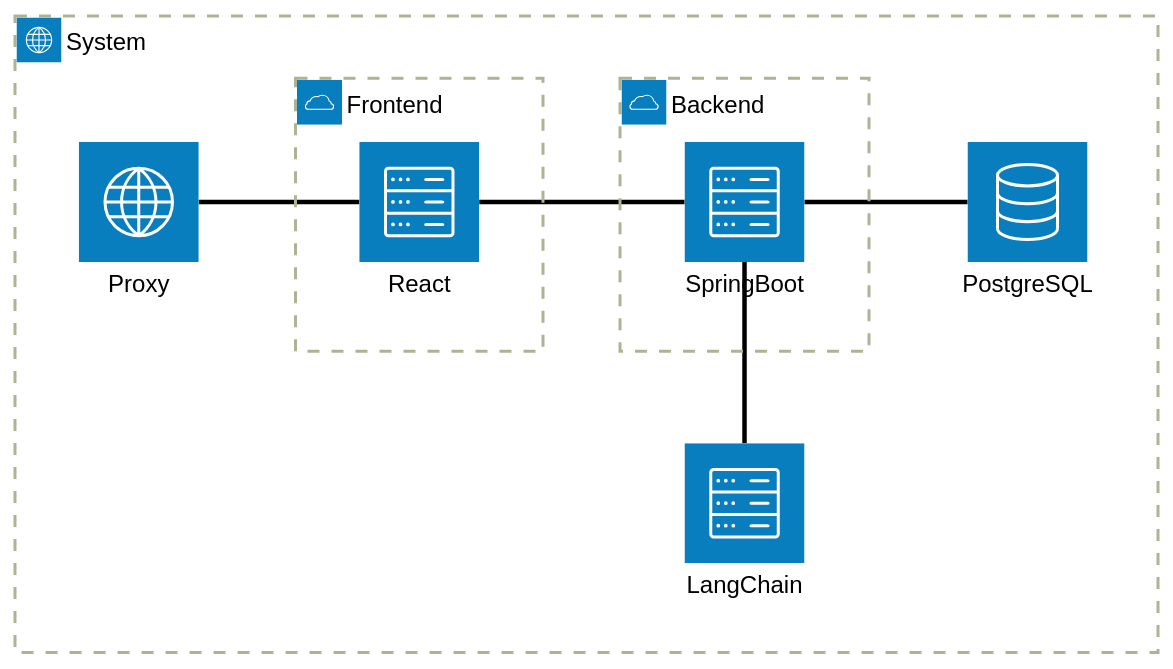
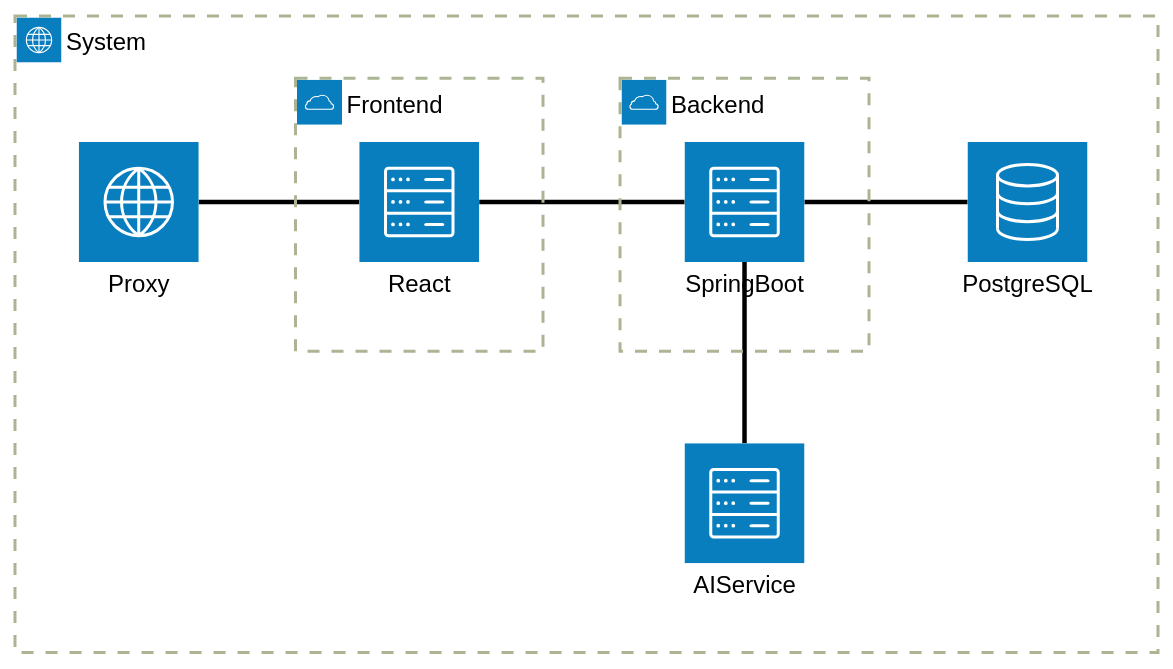
The first of 3 diagrams in docs/uml.md (AET-DevOps25/team-404-name-not-found), drawn with Mermaid (forest theme) before and after one commit.

Commit message:
chore(uml): rename to AIService

````diff
--- a/docs/uml.md
+++ b/docs/uml.md
@@ -5,17 +5,17 @@
 ```mermaid
 architecture-beta
     group app(internet)[System]
     group backend(cloud)[Backend] in app
     group frontend(cloud)[Frontend] in app
 
     service client(server)[React] in frontend
     service server(server)[SpringBoot] in backend
     service db(database)[PostgreSQL] in app
-    service ai(server)[LangChain] in app
+    service ai(server)[AIService] in app
     service proxy(internet)[Proxy] in app
 
     proxy:R -- L:client
     client:R -- L:server
     server:R -- L:db
     server:B -- T:ai
 ```
````
